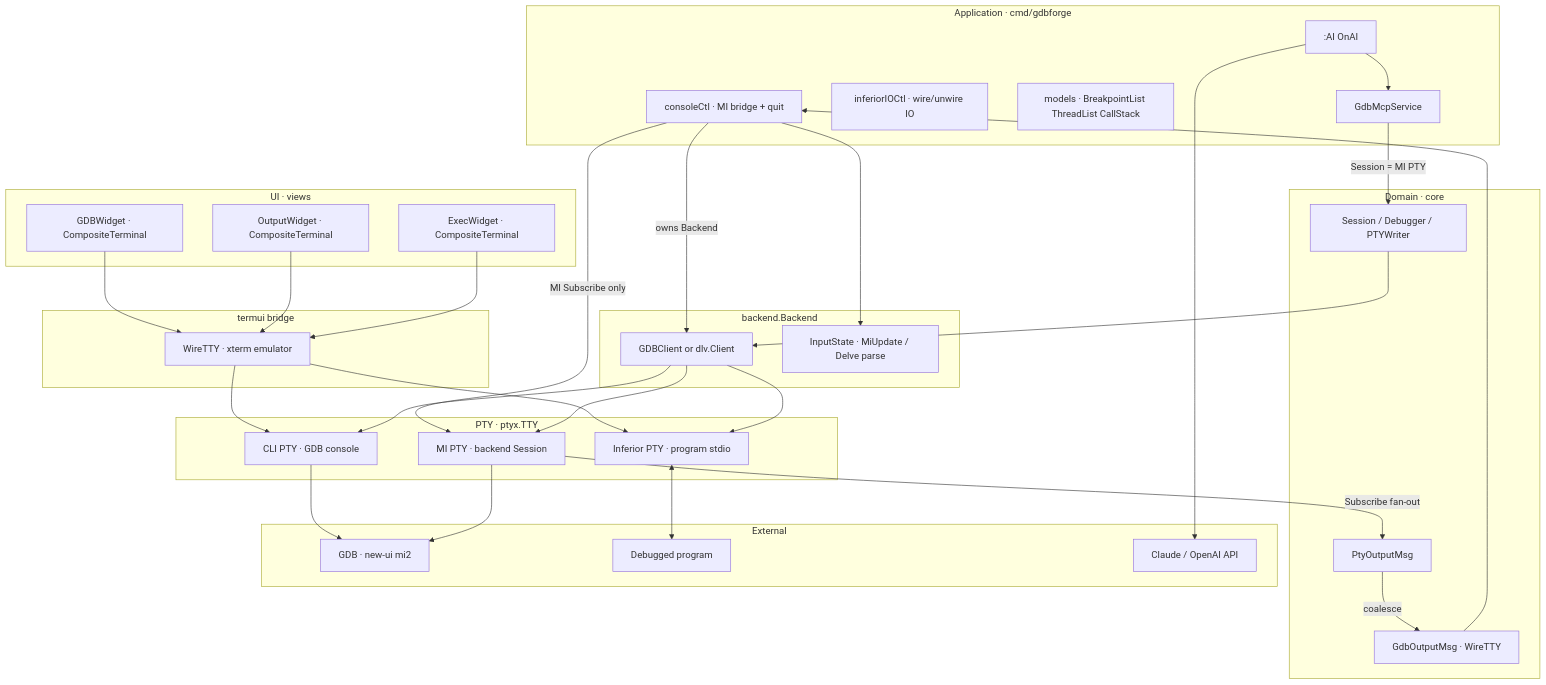
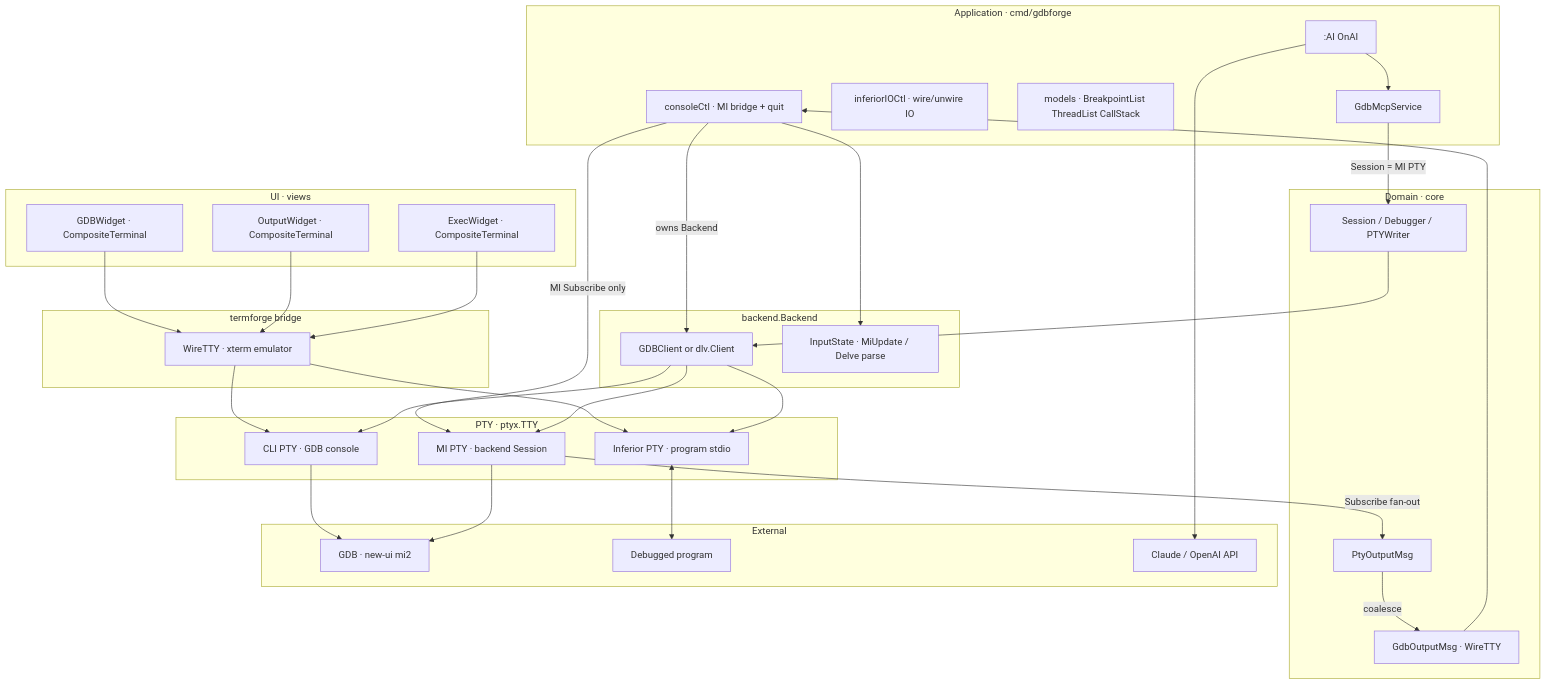
One commit to yairgd/gdbforge changed the first of 8 diagrams in docs/DEBUGGER_INTEGRATION.md. Above: the diagram before and after it, drawn with Mermaid. The commit also changed other lines of this file and 267 other files, not shown here.

````diff
--- a/docs/DEBUGGER_INTEGRATION.md
+++ b/docs/DEBUGGER_INTEGRATION.md
@@ -39,63 +39,63 @@
 ```mermaid
 flowchart TB
     subgraph UI["UI · views"]
         GDBW["GDBWidget · CompositeTerminal"]
         IOW["OutputWidget · CompositeTerminal"]
         ExecW["ExecWidget · CompositeTerminal"]
     end
 
-    subgraph TermUI["termui bridge"]
+    subgraph termforge["termforge bridge"]
         Wire["WireTTY · xterm emulator"]
     end
 
     subgraph App["Application · cmd/gdbforge"]
         Ctrl["consoleCtl · MI bridge + quit"]
         InfCtl["inferiorIOCtl · wire/unwire IO"]
         Models["models · BreakpointList ThreadList CallStack"]
         AI[":AI OnAI"]
         MCP["GdbMcpService"]
     end
 
     subgraph Domain["Domain · core"]
         SessIF["Session / Debugger / PTYWriter"]
         PtyMsg["PtyOutputMsg"]
         UIMsg["GdbOutputMsg · WireTTY"]
     end
 
     subgraph Ptyx["PTY · ptyx.TTY"]
         CLI["CLI PTY · GDB console"]
         MI["MI PTY · backend Session"]
         Inf["Inferior PTY · program stdio"]
     end
 
     subgraph BackendPkg["backend.Backend"]
         Client["GDBClient or dlv.Client"]
         Parser["InputState · MiUpdate / Delve parse"]
     end
 
     subgraph External["External"]
         GDB["GDB · new-ui mi2"]
         Prog["Debugged program"]
         LLM["Claude / OpenAI API"]
     end
 
     GDBW --> Wire --> CLI
     IOW --> Wire --> Inf
     ExecW --> Wire
     Ctrl -->|"owns Backend"| Client
     Ctrl -->|"MI Subscribe only"| MI
     Client --> CLI
     Client --> MI
     Client --> Inf
     Inf <--> Prog
     MCP -->|"Session = MI PTY"| SessIF
     AI --> MCP
     AI --> LLM
     SessIF --> Client
     MI -->|"Subscribe fan-out"| PtyMsg
     PtyMsg -->|"coalesce"| UIMsg
     UIMsg --> Ctrl
     CLI --> GDB
     MI --> GDB
     Ctrl --> Parser
 ```
````
